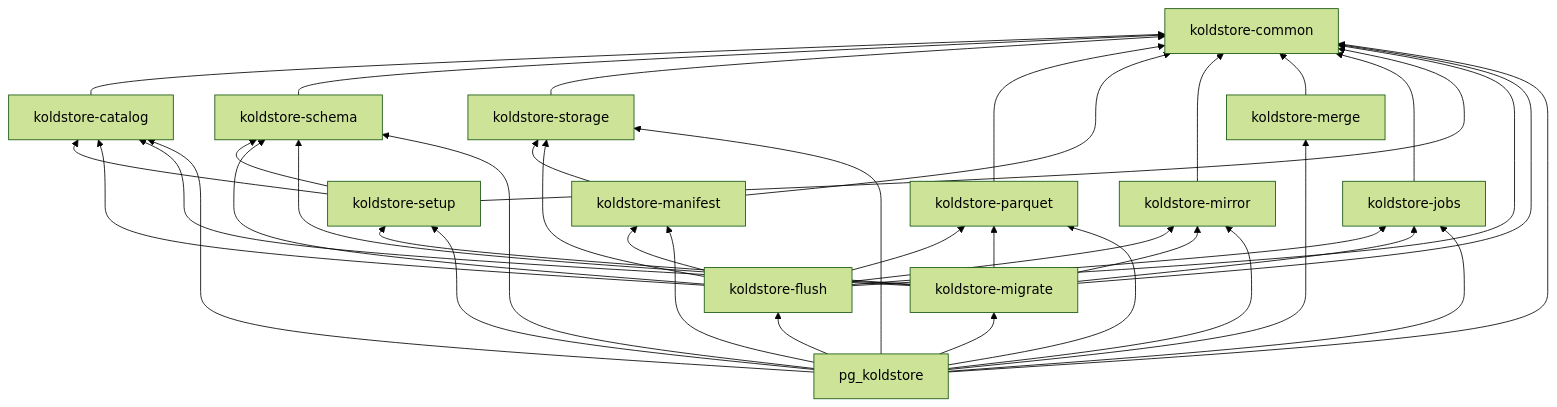
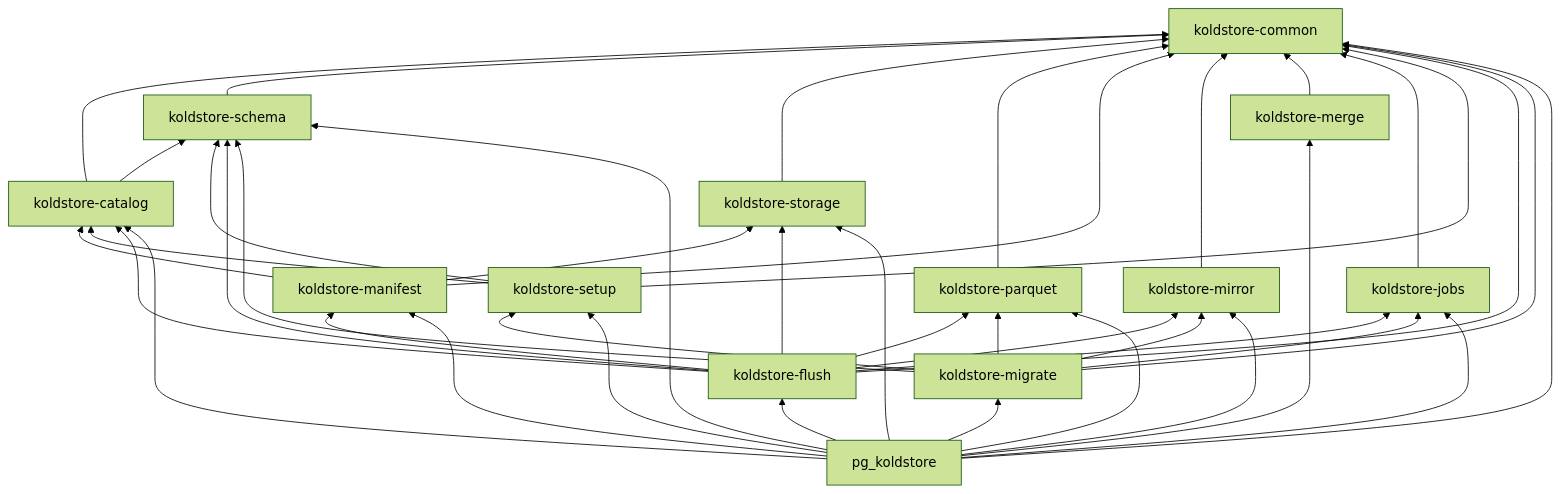
One commit to kalamdb/koldstore changed the diagram in docs/architecture/crate-architecture.md. Above: the diagram before and after it, drawn with Mermaid (forest theme). The commit also changed other lines of this file and 105 other files, not shown here.

````diff
--- a/docs/architecture/crate-architecture.md
+++ b/docs/architecture/crate-architecture.md
@@ -31,56 +39,57 @@
 ```mermaid
 flowchart BT
     common[koldstore-common]
     catalog[koldstore-catalog]
     schema[koldstore-schema]
     storage[koldstore-storage]
     parquet[koldstore-parquet]
     manifest[koldstore-manifest]
     mirror[koldstore-mirror]
     merge[koldstore-merge]
     jobs[koldstore-jobs]
     setup[koldstore-setup]
     flush[koldstore-flush]
     migrate[koldstore-migrate]
     pg[pg_koldstore]
 
     catalog --> common
+    catalog --> schema
     schema --> common
     storage --> common
     parquet --> common
     manifest --> common
+    manifest --> catalog
     manifest --> storage
     mirror --> common
     merge --> common
     jobs --> common
     setup --> common
     setup --> catalog
     setup --> schema
     flush --> common
     flush --> catalog
     flush --> schema
     flush --> manifest
     flush --> parquet
     flush --> mirror
     flush --> storage
     flush --> jobs
     migrate --> common
-    migrate --> catalog
     migrate --> schema
     migrate --> mirror
     migrate --> parquet
     migrate --> jobs
     migrate --> setup
     pg --> common
     pg --> catalog
     pg --> schema
     pg --> storage
     pg --> manifest
     pg --> parquet
     pg --> mirror
     pg --> merge
     pg --> jobs
     pg --> setup
     pg --> flush
     pg --> migrate
 ```
````
